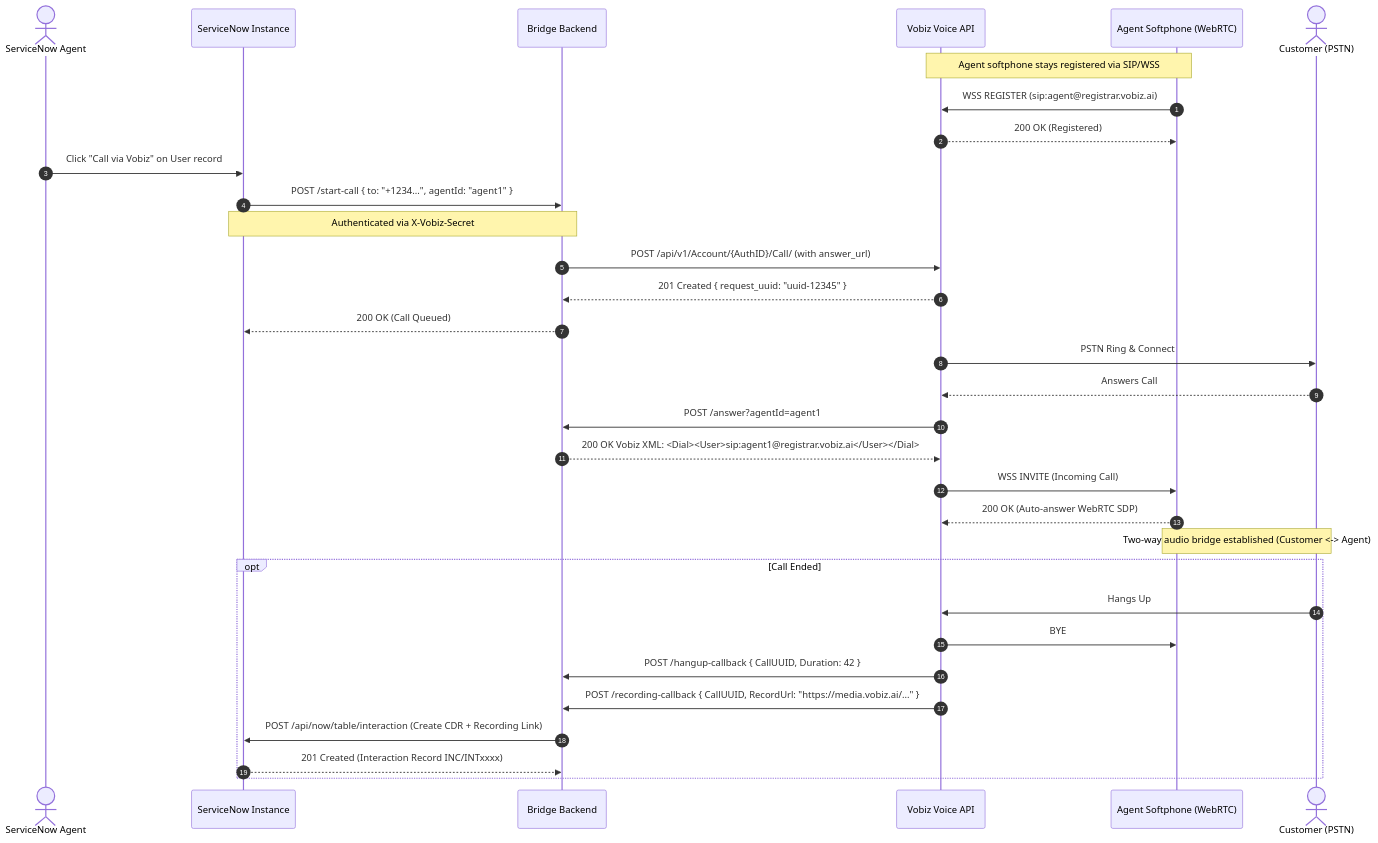
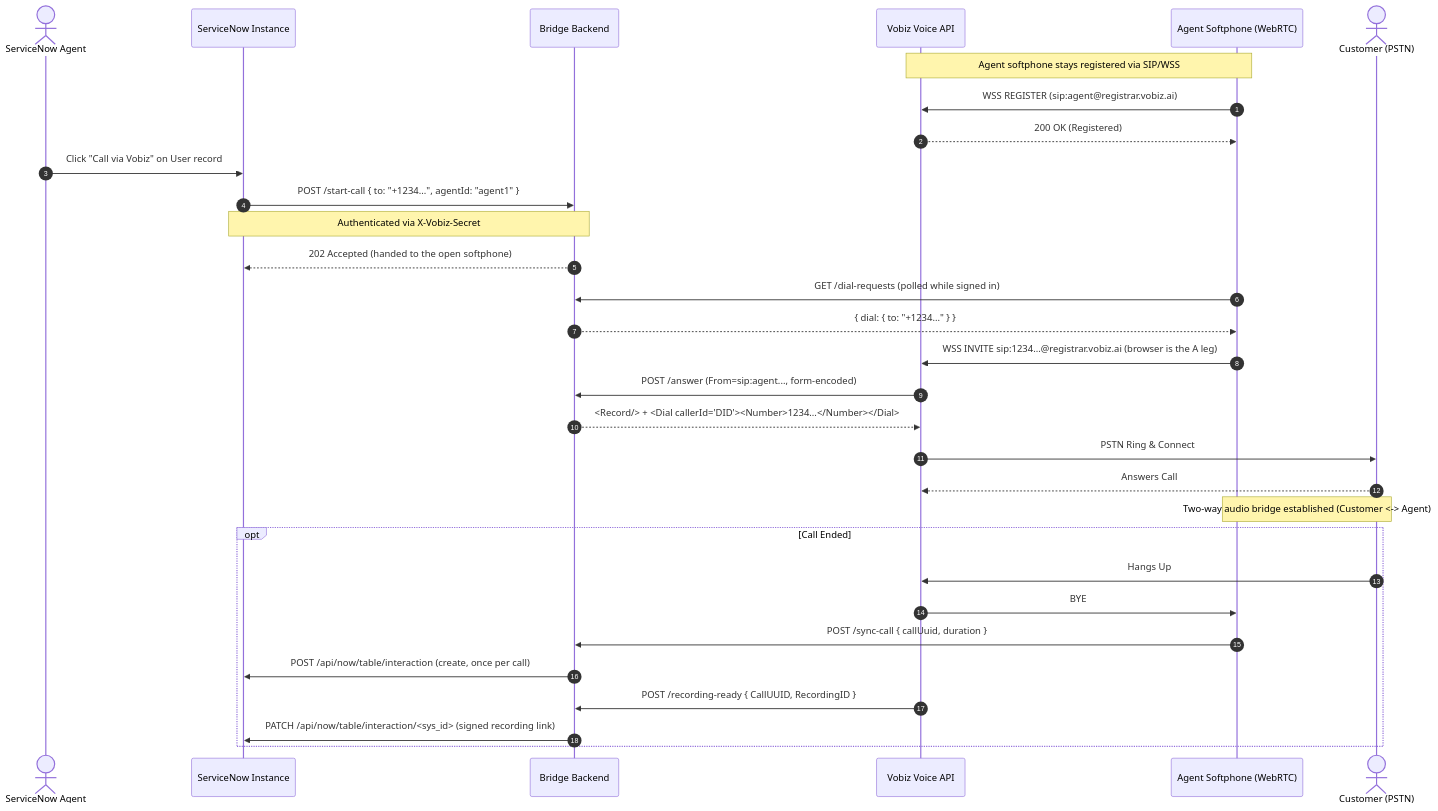
One commit to vobiz-ai/Vobiz-ServiceNow-Calling changed the diagram in docs/ARCHITECTURE.md. Above: the diagram before and after it, drawn with Mermaid. The commit also changed other lines of this file and 9 other files, not shown here.

First line of the commit message:
Docs: describe click-to-call, session scope and setup as they now are

````diff
--- a/docs/ARCHITECTURE.md
+++ b/docs/ARCHITECTURE.md
@@ -89,42 +89,40 @@
 ```mermaid
 sequenceDiagram
     autonumber
     actor Agent as ServiceNow Agent
     participant SN as ServiceNow Instance
     participant Bridge as Bridge Backend
     participant Vobiz as Vobiz Voice API
     participant Softphone as Agent Softphone (WebRTC)
     actor Customer as Customer (PSTN)
 
     Note over Softphone,Vobiz: Agent softphone stays registered via SIP/WSS
     Softphone->>Vobiz: WSS REGISTER (sip:agent@registrar.vobiz.ai)
     Vobiz-->>Softphone: 200 OK (Registered)
 
     Agent->>SN: Click "Call via Vobiz" on User record
     SN->>Bridge: POST /start-call { to: "+1234...", agentId: "agent1" }
     Note over SN,Bridge: Authenticated via X-Vobiz-Secret
+    Bridge-->>SN: 202 Accepted (handed to the open softphone)
 
-    Bridge->>Vobiz: POST /api/v1/Account/{AuthID}/Call/ (with answer_url)
-    Vobiz-->>Bridge: 201 Created { request_uuid: "uuid-12345" }
-    Bridge-->>SN: 200 OK (Call Queued)
+    Softphone->>Bridge: GET /dial-requests (polled while signed in)
+    Bridge-->>Softphone: { dial: { to: "+1234..." } }
+
+    Softphone->>Vobiz: WSS INVITE sip:1234...@registrar.vobiz.ai (browser is the A leg)
+    Vobiz->>Bridge: POST /answer (From=sip:agent..., form-encoded)
+    Bridge-->>Vobiz: <Record/> + <Dial callerId="DID"><Number>1234...</Number></Dial>
 
     Vobiz->>Customer: PSTN Ring & Connect
     Customer-->>Vobiz: Answers Call
 
-    Vobiz->>Bridge: POST /answer?agentId=agent1
-    Bridge-->>Vobiz: 200 OK Vobiz XML: <Dial><User>sip:agent1@registrar.vobiz.ai</User></Dial>
-
-    Vobiz->>Softphone: WSS INVITE (Incoming Call)
-    Softphone-->>Vobiz: 200 OK (Auto-answer WebRTC SDP)
-    
     Note over Customer,Softphone: Two-way audio bridge established (Customer <-> Agent)
 
     opt Call Ended
         Customer->>Vobiz: Hangs Up
         Vobiz->>Softphone: BYE
-        Vobiz->>Bridge: POST /hangup-callback { CallUUID, Duration: 42 }
-        Vobiz->>Bridge: POST /recording-callback { CallUUID, RecordUrl: "https://media.vobiz.ai/..." }
-        Bridge->>SN: POST /api/now/table/interaction (Create CDR + Recording Link)
-        SN-->>Bridge: 201 Created (Interaction Record INC/INTxxxx)
+        Softphone->>Bridge: POST /sync-call { callUuid, duration }
+        Bridge->>SN: POST /api/now/table/interaction (create, once per call)
+        Vobiz->>Bridge: POST /recording-ready { CallUUID, RecordingID }
+        Bridge->>SN: PATCH /api/now/table/interaction/<sys_id> (signed recording link)
     end
 ```
````
